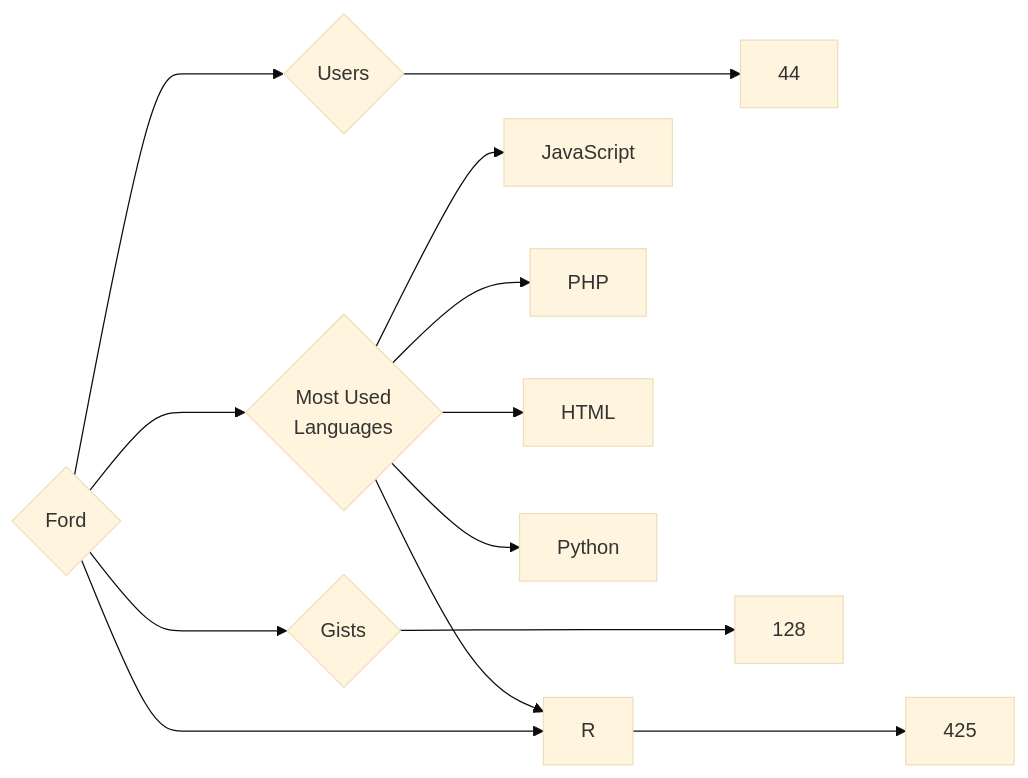
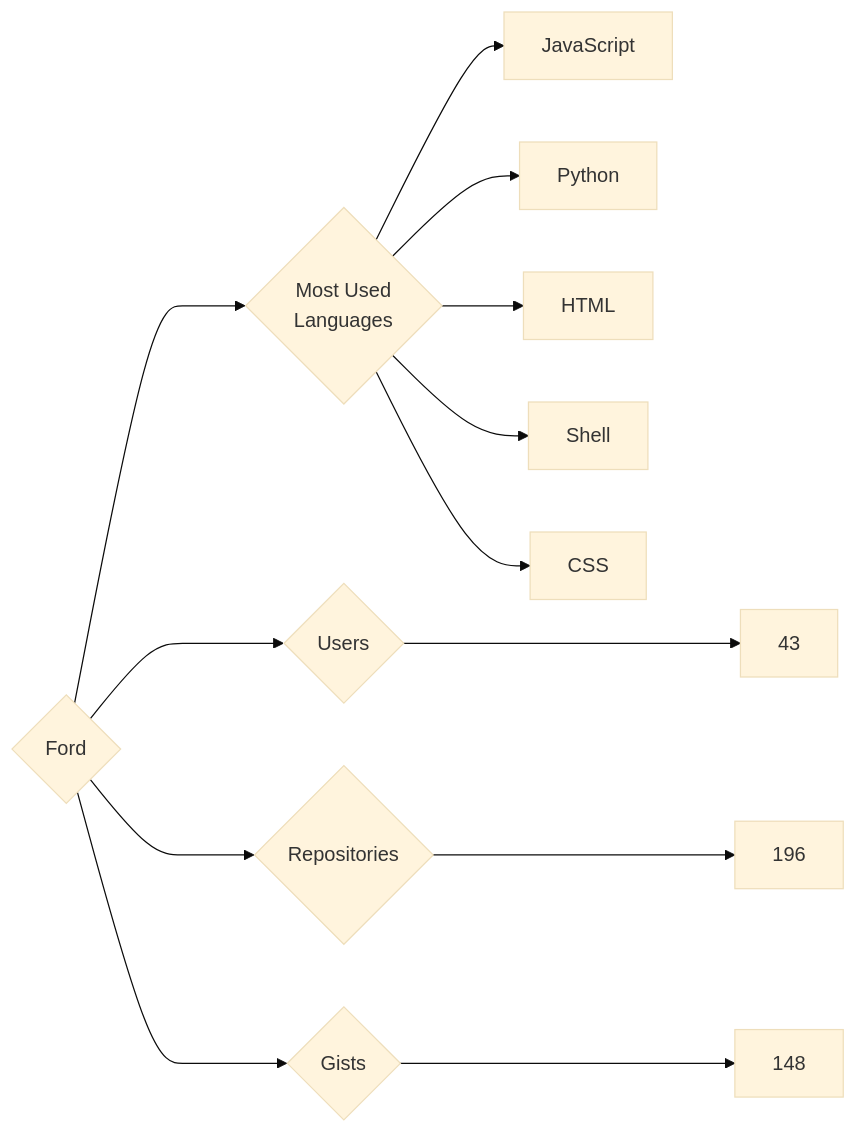
One commit to trickest/insiders changed the diagram in targets/Ford/README.md. Above: the diagram before and after it, drawn with Mermaid (base theme). The commit also changed 748 other files, not shown here.

````diff
--- a/targets/Ford/README.md
+++ b/targets/Ford/README.md
@@ -3,13 +3,13 @@
 ```mermaid
 graph LR
 COMPANY_NAME{Ford}
-COMPANY_NAME ---> U{Users} ---> UN[44]
-COMPANY_NAME ---> R{Repositories} ---> RN[425]
-COMPANY_NAME ---> G{Gists} ---> GN[128]
+COMPANY_NAME ---> U{Users} ---> UN[43]
+COMPANY_NAME ---> R{Repositories} ---> RN[196]
+COMPANY_NAME ---> G{Gists} ---> GN[148]
 COMPANY_NAME ---> ML{Most Used<br>Languages}
 ML --> JavaScript[JavaScript]
-ML --> PHP[PHP]
+ML --> Python[Python]
 ML --> HTML[HTML]
-ML --> Python[Python]
-ML --> R[R]
+ML --> Shell[Shell]
+ML --> CSS[CSS]
 ```
````
